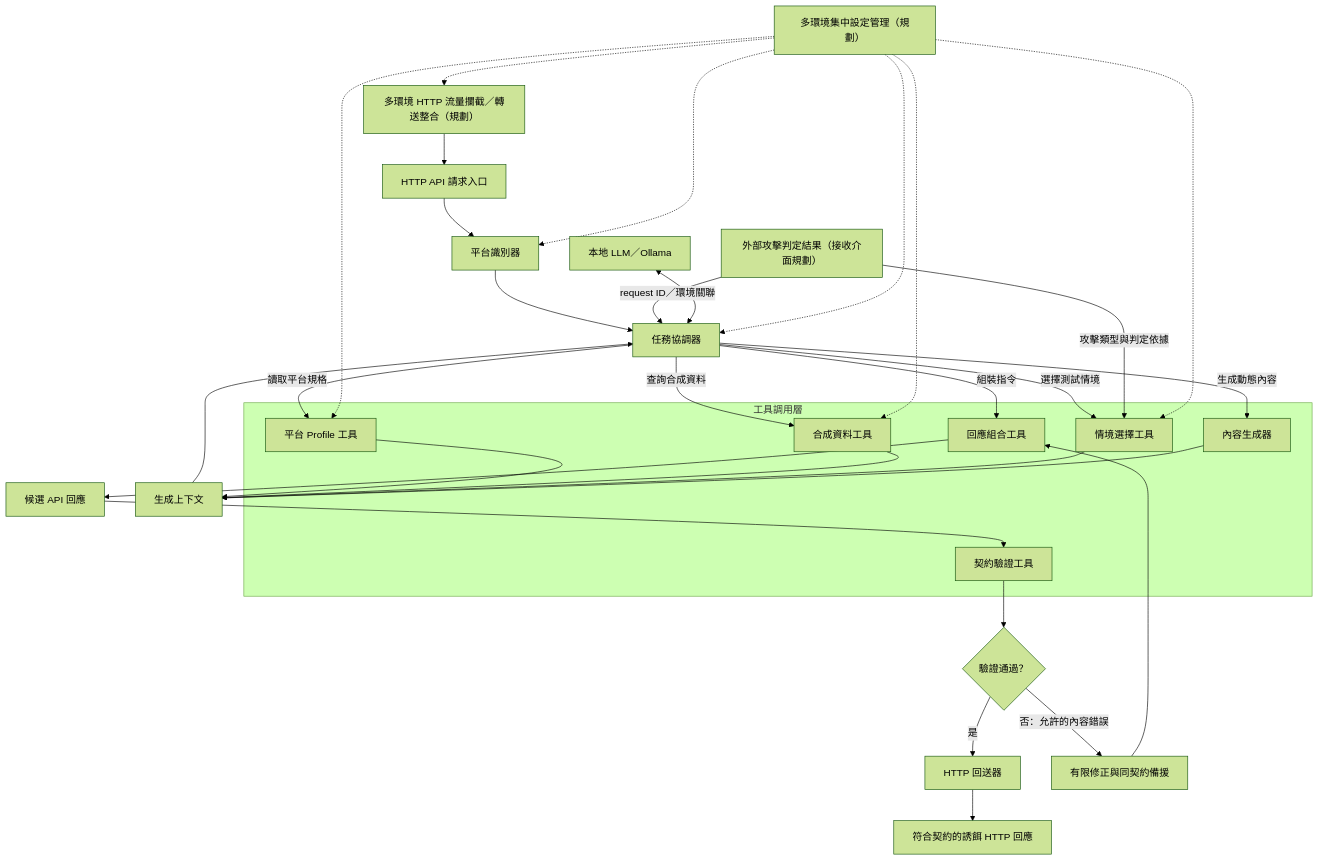
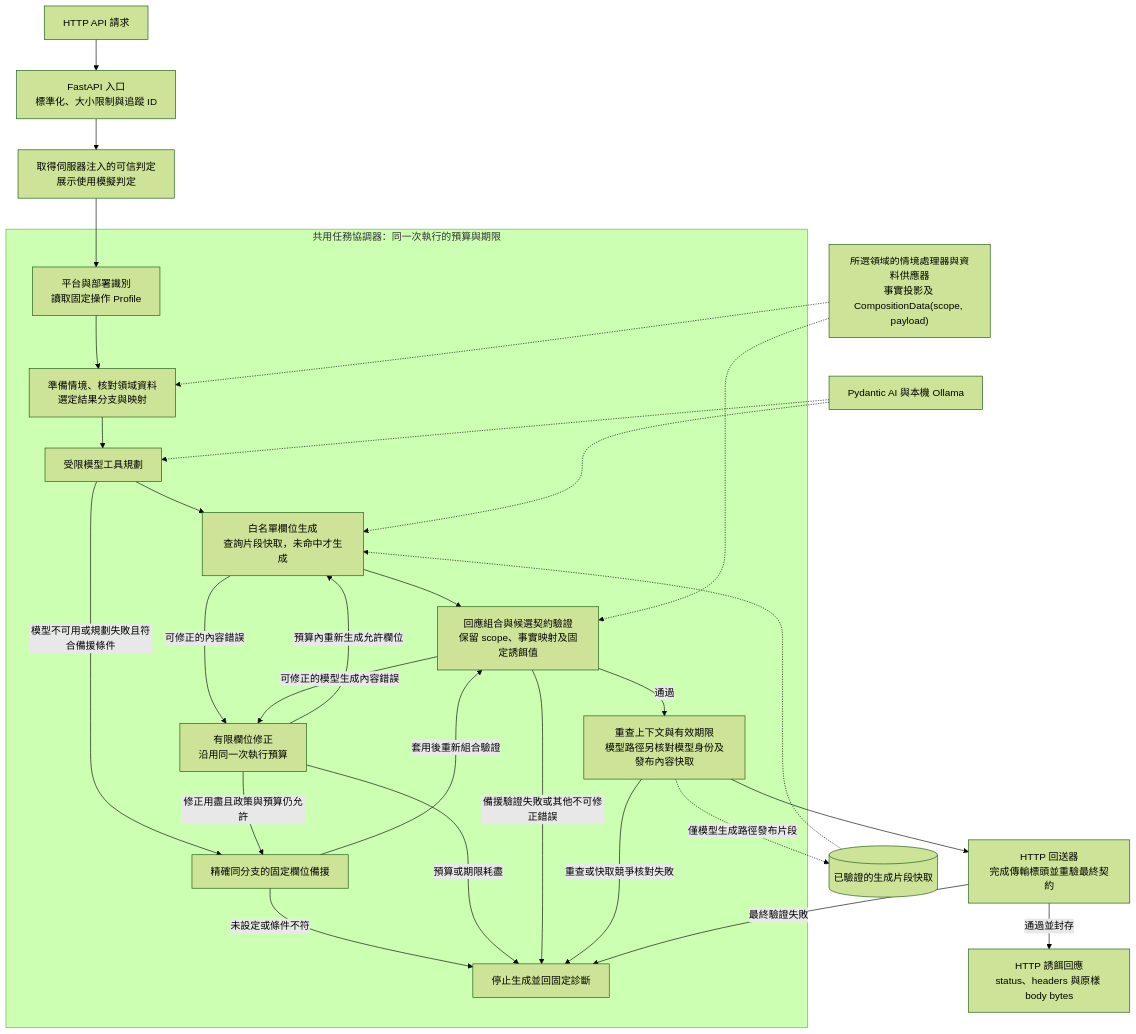
The second of 2 diagrams in README.md (IAN40070510/Mirage_API), drawn with Mermaid (forest theme) before and after one commit. The commit also changed other lines of this file and 126 other files, not shown here.

````diff
--- a/README.md
+++ b/README.md
@@ -58,40 +40,35 @@
 ```mermaid
 flowchart TB
-    traffic["多環境 HTTP 流量攔截／轉送整合（規劃）"] --> ingress
-    ingress["HTTP API 請求入口"] --> identify["平台識別器"]
-    identify --> orchestrate["任務協調器"]
-    assessment["外部攻擊判定結果（接收介面規劃）"] -->|request ID／環境關聯| orchestrate
-    subgraph tools["工具調用層"]
-        profile["平台 Profile 工具"]
-        synthetic["合成資料工具"]
-        scenario["情境選擇工具"]
-        generate["內容生成器"]
-        compose["回應組合工具"]
-        validate["契約驗證工具"]
+    request["HTTP API 請求"] --> ingress["FastAPI 入口<br/>標準化、大小限制與追蹤 ID"]
+    ingress --> assessment["取得伺服器注入的可信判定<br/>展示使用模擬判定"]
+    assessment --> identify
+
+    subgraph orchestration["共用任務協調器：同一次執行的預算與期限"]
+        identify["平台與部署識別<br/>讀取固定操作 Profile"] --> scenario["準備情境、核對領域資料<br/>選定結果分支與映射"]
+        scenario --> planning["受限模型工具規劃"]
+        planning --> content["白名單欄位生成<br/>查詢片段快取，未命中才生成"]
+        content --> candidate["回應組合與候選契約驗證<br/>保留 scope、事實映射及固定誘餌值"]
+        candidate -->|通過| checked["重查上下文與有效期限<br/>模型路徑另核對模型身份及發布內容快取"]
+        planning -->|模型不可用或規劃失敗且符合備援條件| fallback["精確同分支的固定欄位備援"]
+        recovery["有限欄位修正<br/>沿用同一次執行預算"]
+        content -->|可修正的內容錯誤| recovery
+        candidate -->|可修正的模型生成內容錯誤| recovery
+        recovery -->|預算內重新生成允許欄位| content
+        recovery -->|修正用盡且政策與預算仍允許| fallback
+        fallback -->|套用後重新組合驗證| candidate
+        fallback -->|未設定或條件不符| failure["停止生成並回固定診斷"]
+        recovery -->|預算或期限耗盡| failure
+        candidate -->|備援驗證失敗或其他不可修正錯誤| failure
+        checked -->|重查或快取競爭核對失敗| failure
     end
-    orchestrate -->|讀取平台規格| profile
-    orchestrate -->|查詢合成資料| synthetic
-    orchestrate -->|選擇測試情境| scenario
-    assessment -->|攻擊類型與判定依據| scenario
-    orchestrate -->|生成動態內容| generate
-    profile --> context["生成上下文"]
-    synthetic --> context
-    scenario --> context
-    generate --> context
-    context --> orchestrate
-    orchestrate -->|組裝指令| compose
-    compose --> candidate["候選 API 回應"]
-    candidate --> validate
-    validate --> planning{"驗證通過？"}
-    planning -->|是| render["HTTP 回送器"]
-    planning -->|否：允許的內容錯誤| recover["有限修正與同契約備援"]
-    recover --> compose
-    render --> response["符合契約的誘餌 HTTP 回應"]
-    model["本地 LLM／Ollama"] <--> orchestrate
-    configuration["多環境集中設定管理（規劃）"] -.-> traffic
-    configuration -.-> identify
-    configuration -.-> orchestrate
-    configuration -.-> profile
-    configuration -.-> synthetic
-    configuration -.-> scenario
+
+    provider["所選領域的情境處理器與資料供應器<br/>事實投影及 CompositionData(scope, payload)"] -.-> scenario
+    provider -.-> candidate
+    model["Pydantic AI 與本機 Ollama"] -.-> planning
+    model -.-> content
+    cache[("已驗證的生成片段快取")] -.-> content
+    checked -.->|僅模型生成路徑發布片段| cache
+    checked --> renderer["HTTP 回送器<br/>完成傳輸標頭並重驗最終契約"]
+    renderer -->|通過並封存| response["HTTP 誘餌回應<br/>status、headers 與原樣 body bytes"]
+    renderer -->|最終驗證失敗| failure
 ```
````
